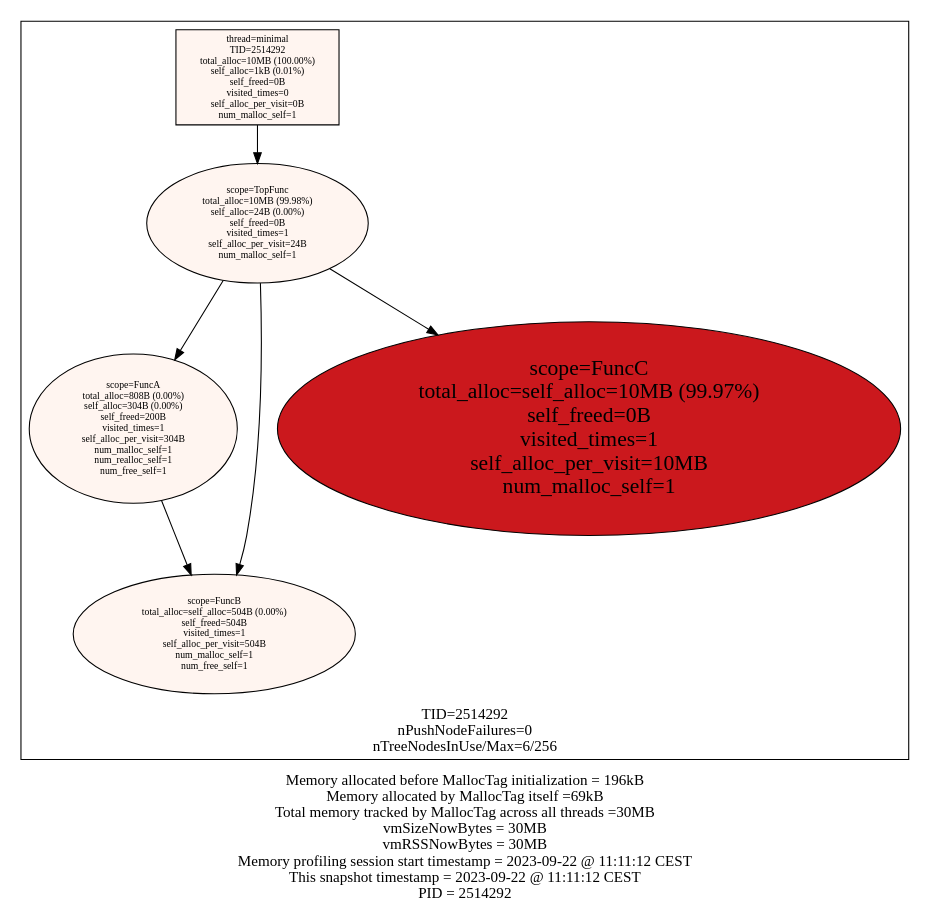
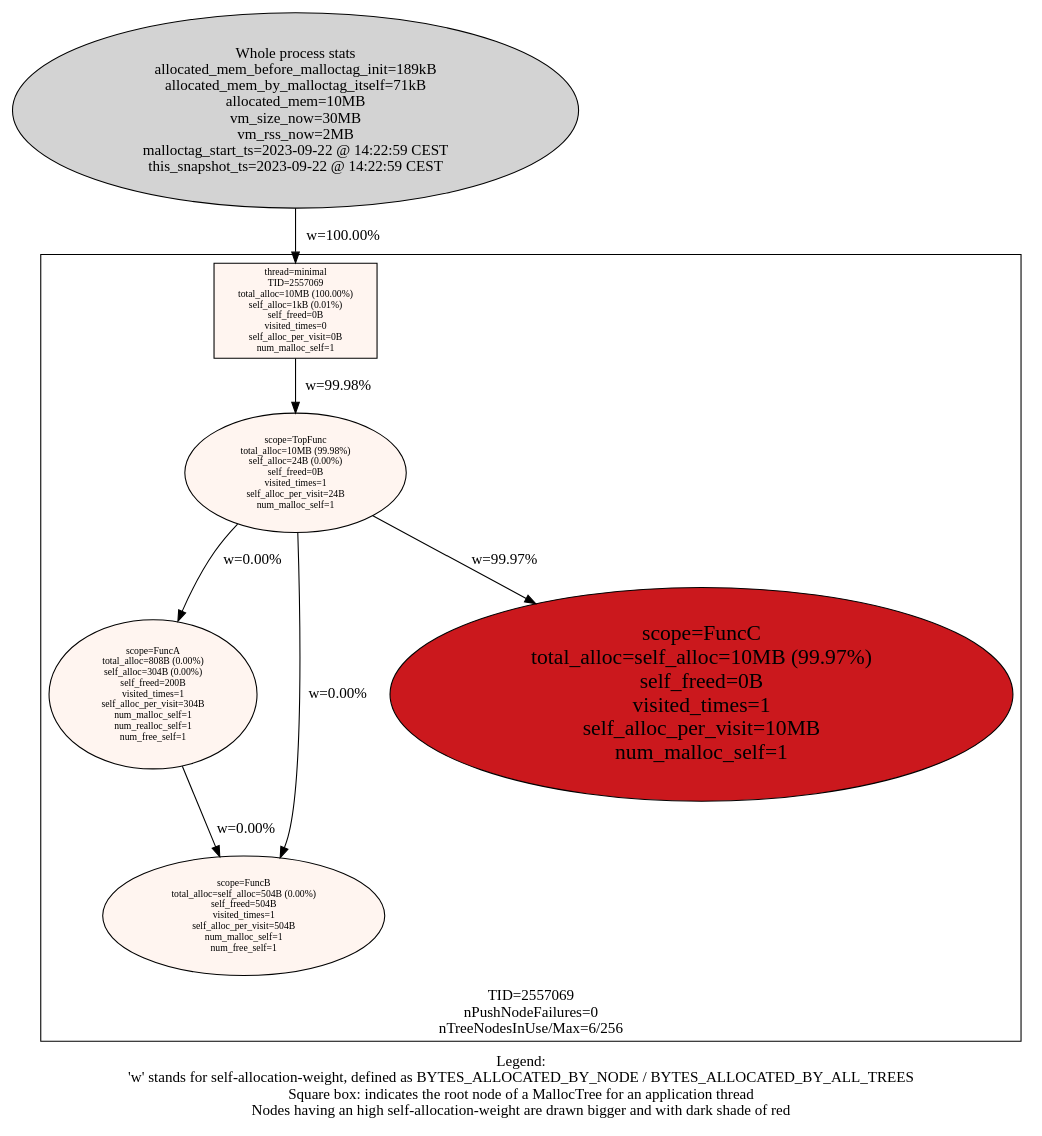
Before and after one commit to f18m/malloc-tag: the diagram in examples/minimal/minimal_stats.dot, drawn with Graphviz. The commit also changed 13 other files, not shown here.

First line of the commit message:
Multithreaded applications: compute weights using TOTAL bytes tracked across all threads (#6)

```diff
--- a/examples/minimal/minimal_stats.dot
+++ b/examples/minimal/minimal_stats.dot
@@ -1,22 +1,31 @@
-digraph MallocTree {
+digraph AllMallocTrees {
  node [colorscheme=reds9 style=filled]
- subgraph cluster_TID2514292 {
+  "Process 2557069" [label="Whole process stats\nallocated_mem_before_malloctag_init=189kB\nallocated_mem_by_malloctag_itself=71kB\nallocated_mem=10MB\nvm_size_now=30MB\nvm_rss_now=2MB\nmalloctag_start_ts=2023-09-22 @ 14:22:59 CEST\nthis_snapshot_ts=2023-09-22 @ 14:22:59 CEST\n"
+]
+ subgraph cluster_TID2557069 {
   node [colorscheme=reds9 style=filled]
   labelloc="b"
-  label="TID=2514292\nnPushNodeFailures=0\nnTreeNodesInUse/Max=6/256\n"
-  "2514292_minimal" [label="thread=minimal\nTID=2514292\ntotal_alloc=10MB (100.00%)\nself_alloc=1kB (0.01%)\nself_freed=0B\nvisited_times=0\nself_alloc_per_visit=0B\nnum_malloc_self=1" shape=box fillcolor=1 fontsize=9]
-  "2514292_minimal" -> "2514292_TopFunc"
-  "2514292_TopFunc" [label="scope=TopFunc\ntotal_alloc=10MB (99.98%)\nself_alloc=24B (0.00%)\nself_freed=0B\nvisited_times=1\nself_alloc_per_visit=24B\nnum_malloc_self=1" fillcolor=1 fontsize=9]
-  "2514292_TopFunc" -> "2514292_FuncA"
-  "2514292_TopFunc" -> "2514292_FuncB"
-  "2514292_TopFunc" -> "2514292_FuncC"
-  "2514292_FuncA" [label="scope=FuncA\ntotal_alloc=808B (0.00%)\nself_alloc=304B (0.00%)\nself_freed=200B\nvisited_times=1\nself_alloc_per_visit=304B\nnum_malloc_self=1\nnum_realloc_self=1\nnum_free_self=1" fillcolor=1 fontsize=9]
-  "2514292_FuncA" -> "2514292_FuncB"
-  "2514292_FuncB" [label="scope=FuncB\ntotal_alloc=self_alloc=504B (0.00%)\nself_freed=504B\nvisited_times=1\nself_alloc_per_visit=504B\nnum_malloc_self=1\nnum_free_self=1" fillcolor=1 fontsize=9]
-  "2514292_FuncB" [label="scope=FuncB\ntotal_alloc=self_alloc=504B (0.00%)\nself_freed=504B\nvisited_times=1\nself_alloc_per_visit=504B\nnum_malloc_self=1\nnum_free_self=1" fillcolor=1 fontsize=9]
-  "2514292_FuncC" [label="scope=FuncC\ntotal_alloc=self_alloc=10MB (99.97%)\nself_freed=0B\nvisited_times=1\nself_alloc_per_visit=10MB\nnum_malloc_self=1" fillcolor=7 fontsize=20]
+  label="TID=2557069\nnPushNodeFailures=0\nnTreeNodesInUse/Max=6/256\n"
+  "2557069_minimal" [label="thread=minimal\nTID=2557069\ntotal_alloc=10MB (100.00%)\nself_alloc=1kB (0.01%)\nself_freed=0B\nvisited_times=0\nself_alloc_per_visit=0B\nnum_malloc_self=1\n"
+ shape=box fillcolor=1 fontsize=9]
+  "2557069_minimal" -> "2557069_TopFunc" [label="w=99.98%"]
+  "2557069_TopFunc" [label="scope=TopFunc\ntotal_alloc=10MB (99.98%)\nself_alloc=24B (0.00%)\nself_freed=0B\nvisited_times=1\nself_alloc_per_visit=24B\nnum_malloc_self=1\n"
+ fillcolor=1 fontsize=9]
+  "2557069_TopFunc" -> "2557069_FuncA" [label="w=0.00%"]
+  "2557069_TopFunc" -> "2557069_FuncB" [label="w=0.00%"]
+  "2557069_TopFunc" -> "2557069_FuncC" [label="w=99.97%"]
+  "2557069_FuncA" [label="scope=FuncA\ntotal_alloc=808B (0.00%)\nself_alloc=304B (0.00%)\nself_freed=200B\nvisited_times=1\nself_alloc_per_visit=304B\nnum_malloc_self=1\nnum_realloc_self=1\nnum_free_self=1\n"
+ fillcolor=1 fontsize=9]
+  "2557069_FuncA" -> "2557069_FuncB" [label="w=0.00%"]
+  "2557069_FuncB" [label="scope=FuncB\ntotal_alloc=self_alloc=504B (0.00%)\nself_freed=504B\nvisited_times=1\nself_alloc_per_visit=504B\nnum_malloc_self=1\nnum_free_self=1\n"
+ fillcolor=1 fontsize=9]
+  "2557069_FuncB" [label="scope=FuncB\ntotal_alloc=self_alloc=504B (0.00%)\nself_freed=504B\nvisited_times=1\nself_alloc_per_visit=504B\nnum_malloc_self=1\nnum_free_self=1\n"
+ fillcolor=1 fontsize=9]
+  "2557069_FuncC" [label="scope=FuncC\ntotal_alloc=self_alloc=10MB (99.97%)\nself_freed=0B\nvisited_times=1\nself_alloc_per_visit=10MB\nnum_malloc_self=1\n"
+ fillcolor=7 fontsize=20]
  }
 
+  "Process 2557069" -> "2557069_minimal" [label="w=100.00%"]
  labelloc="b"
- label="Memory allocated before MallocTag initialization = 196kB\nMemory allocated by MallocTag itself =69kB\nTotal memory tracked by MallocTag across all threads =30MB\nvmSizeNowBytes = 30MB\nvmRSSNowBytes = 30MB\nMemory profiling session start timestamp = 2023-09-22 @ 11:11:12 CEST\nThis snapshot timestamp = 2023-09-22 @ 11:11:12 CEST\nPID = 2514292\n"
+ label="Legend:\n'w' stands for self-allocation-weight, defined as BYTES_ALLOCATED_BY_NODE / BYTES_ALLOCATED_BY_ALL_TREES\nSquare box: indicates the root node of a MallocTree for an application thread\nNodes having an high self-allocation-weight are drawn bigger and with dark shade of red\n"
 }
```
